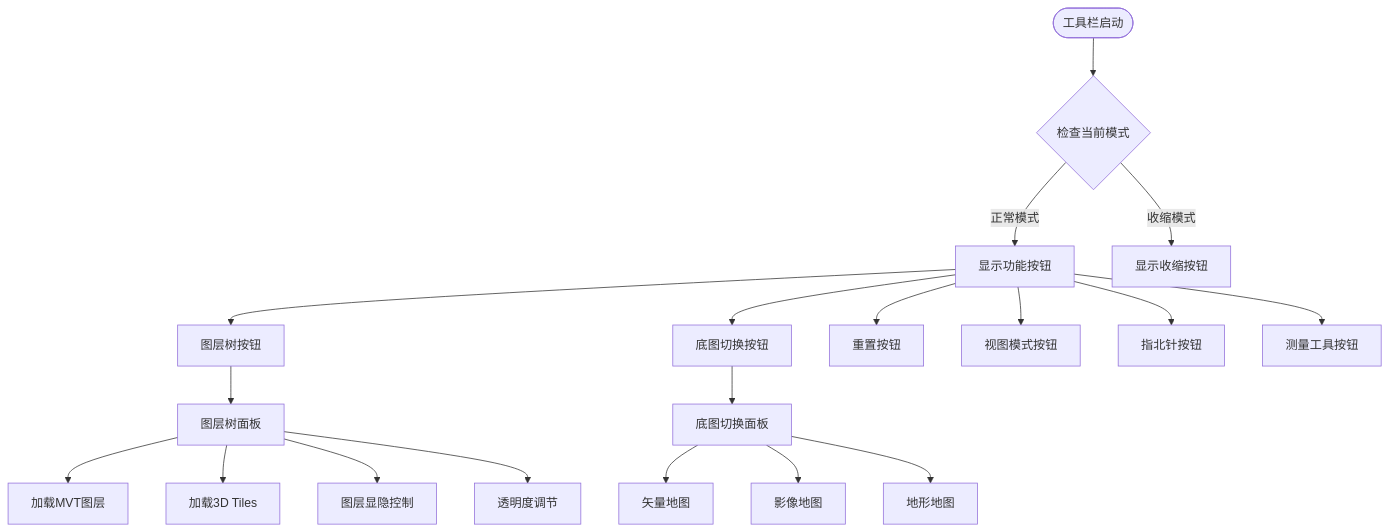
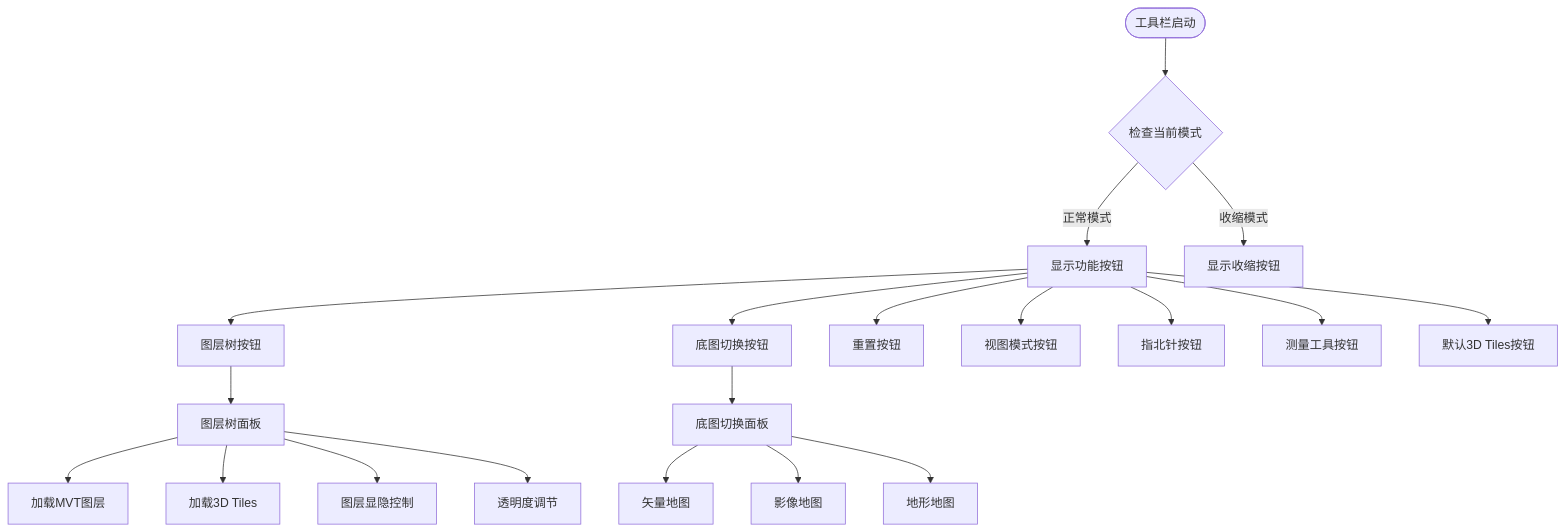
One commit to zhibo1997/government-dashboard changed the tenth of 14 diagrams in .qoder/repowiki/zh/content/核心组件架构/核心组件架构.md. Above: the diagram before and after it, drawn with Mermaid. The commit also changed other lines of this file and 28 other files, not shown here.

````diff
--- a/.qoder/repowiki/zh/content/核心组件架构/核心组件架构.md
+++ b/.qoder/repowiki/zh/content/核心组件架构/核心组件架构.md
@@ -384,21 +515,22 @@
 ```mermaid
 flowchart TD
 Start([工具栏启动]) --> CheckMode{检查当前模式}
 CheckMode --> |正常模式| ShowControls[显示功能按钮]
 CheckMode --> |收缩模式| ShowCollapse[显示收缩按钮]
 ShowControls --> LayerTreeBtn[图层树按钮]
 ShowControls --> BaseMapBtn[底图切换按钮]
 ShowControls --> ResetBtn[重置按钮]
 ShowControls --> ViewModeBtn[视图模式按钮]
 ShowControls --> CompassBtn[指北针按钮]
 ShowControls --> MeasureBtn[测量工具按钮]
+ShowControls --> DefaultTilesetBtn[默认3D Tiles按钮]
 LayerTreeBtn --> LayerPanel[图层树面板]
 BaseMapBtn --> BaseMapPanel[底图切换面板]
 LayerPanel --> LoadMVT[加载MVT图层]
 LayerPanel --> Load3DTiles[加载3D Tiles]
 LayerPanel --> ToggleLayer[图层显隐控制]
 LayerPanel --> AdjustOpacity[透明度调节]
 BaseMapPanel --> SwitchVec[矢量地图]
 BaseMapPanel --> SwitchImg[影像地图]
 BaseMapPanel --> SwitchTer[地形地图]
 ```
````
